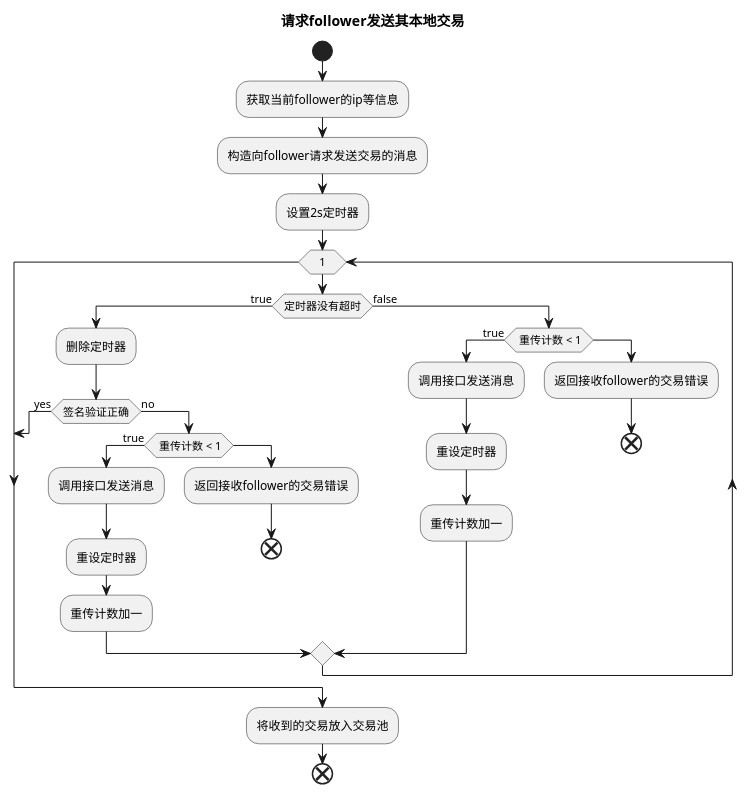
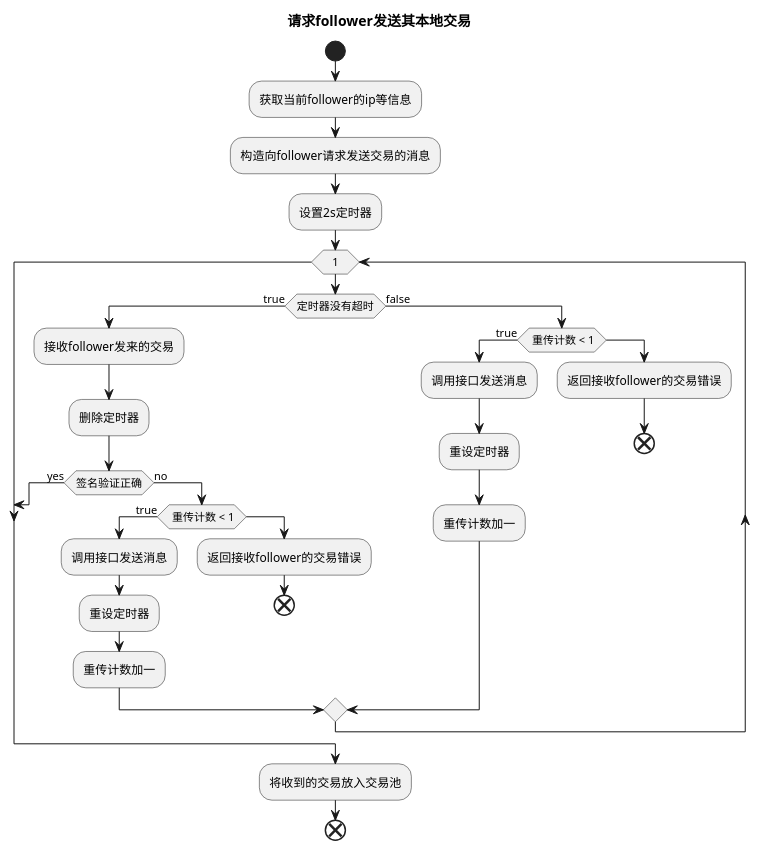
Before and after one commit to alvinleee/matrix-work: the diagram in doc/sendTxReqToFollowers.wsd, drawn with PlantUML. The commit also changed 10 other files, not shown here.

```diff
--- a/doc/sendTxReqToFollowers.wsd
+++ b/doc/sendTxReqToFollowers.wsd
@@ -1,36 +1,37 @@
 @startuml
 title 请求follower发送其本地交易
 start
 :获取当前follower的ip等信息;
 :构造向follower请求发送交易的消息;
 :设置2s定时器;
 while (1)
 if (定时器没有超时) then (true)
+    :接收follower发来的交易;
     :删除定时器;
     if(签名验证正确)then (yes)
         break
     else(no)
         if( 重传计数 < 1) then (true)
             :调用接口发送消息;
             :重设定时器;
             :重传计数加一;
         else
             :返回接收follower的交易错误;
             end
         endif
     endif
 else (false)
     if( 重传计数 < 1) then (true)
-    :调用接口发送消息;
-    :重设定时器;
-    :重传计数加一;
+        :调用接口发送消息;
+        :重设定时器;
+        :重传计数加一;
     else
         :返回接收follower的交易错误;
         end
     endif
 endif
 endwhile
 :将收到的交易放入交易池;
 end
 
 @enduml
```
